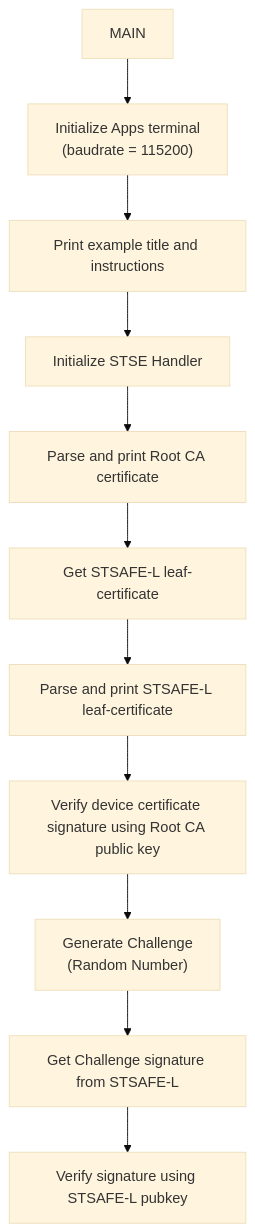
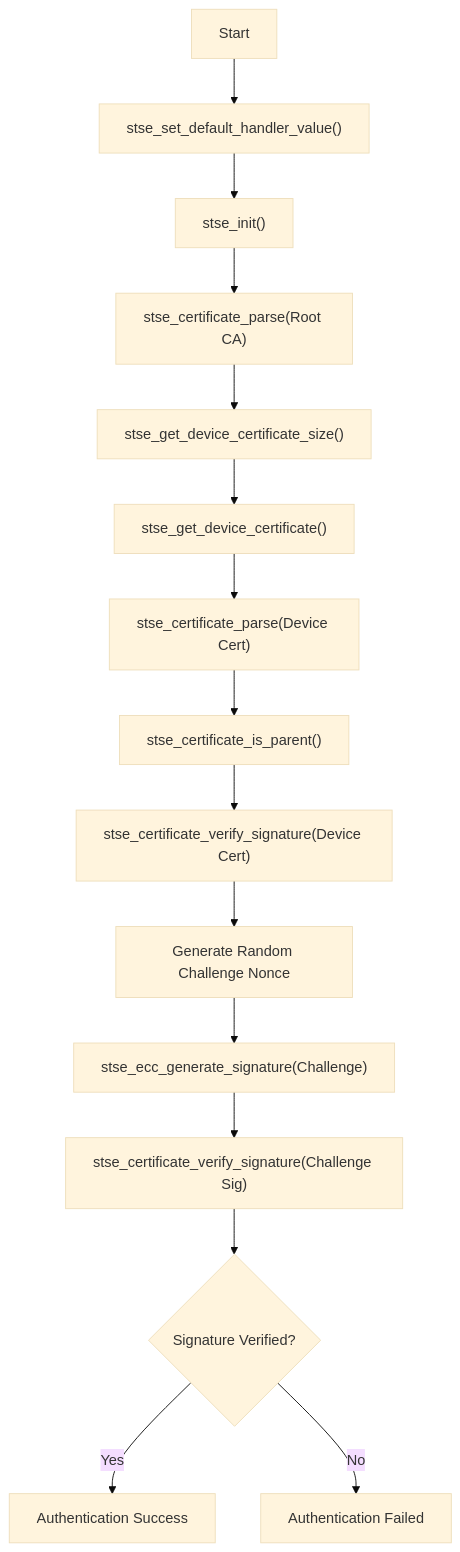
Before and after one commit to STMicroelectronics/stse-linux: the second of 2 diagrams in examples/stsafe-l010/01_Device_authentication_multi_steps/README.md, drawn with Mermaid (base theme). The commit also changed other lines of this file and 68 other files, not shown here.

````diff
--- a/examples/stsafe-l010/01_Device_authentication_multi_steps/README.md
+++ b/examples/stsafe-l010/01_Device_authentication_multi_steps/README.md
@@ -30,13 +29,17 @@
 ```mermaid
 flowchart TD
-    A["MAIN"] --> B["Initialize Apps terminal \n(baudrate = 115200)"]
-    B --> C["Print example title and instructions"]
-    C --> D["Initialize STSE Handler"]
-    D --> E["Parse and print Root CA certificate"]
-    E --> F["Get STSAFE-L leaf-certificate"]
-    F --> G["Parse and print STSAFE-L leaf-certificate"]
-    G --> H["Verify device certificate signature using Root CA public key"]
-    H --> I["Generate Challenge \n(Random Number)"]
-    I --> J["Get Challenge signature from STSAFE-L "]
-    J --> K["Verify signature using STSAFE-L pubkey"]
+    A["Start"] --> B["stse_set_default_handler_value()"]
+    B --> C["stse_init()"]
+    C --> D["stse_certificate_parse(Root CA)"]
+    D --> E["stse_get_device_certificate_size()"]
+    E --> F["stse_get_device_certificate()"]
+    F --> G["stse_certificate_parse(Device Cert)"]
+    G --> H["stse_certificate_is_parent()"]
+    H --> I["stse_certificate_verify_signature(Device Cert)"]
+    I --> J["Generate Random Challenge Nonce"]
+    J --> K["stse_ecc_generate_signature(Challenge)"]
+    K --> L["stse_certificate_verify_signature(Challenge Sig)"]
+    L --> M{"Signature Verified?"}
+    M -- Yes --> N["Authentication Success"]
+    M -- No --> O["Authentication Failed"]
 ```
````
